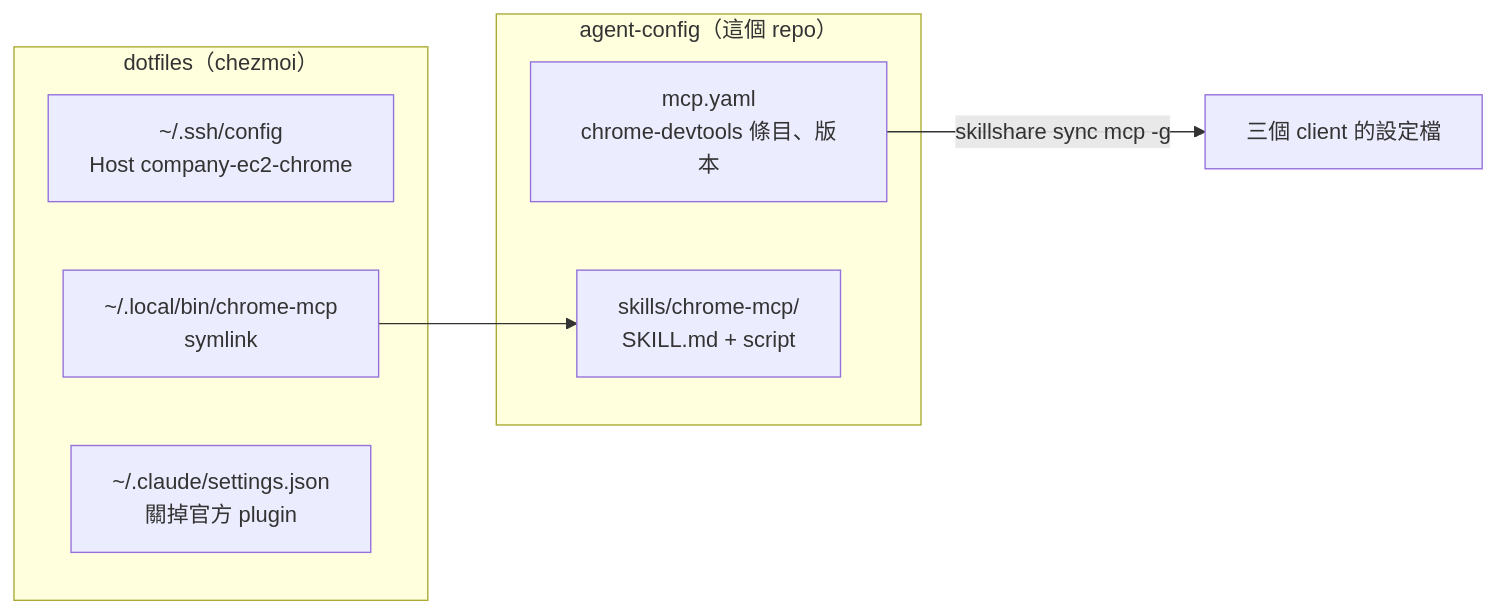
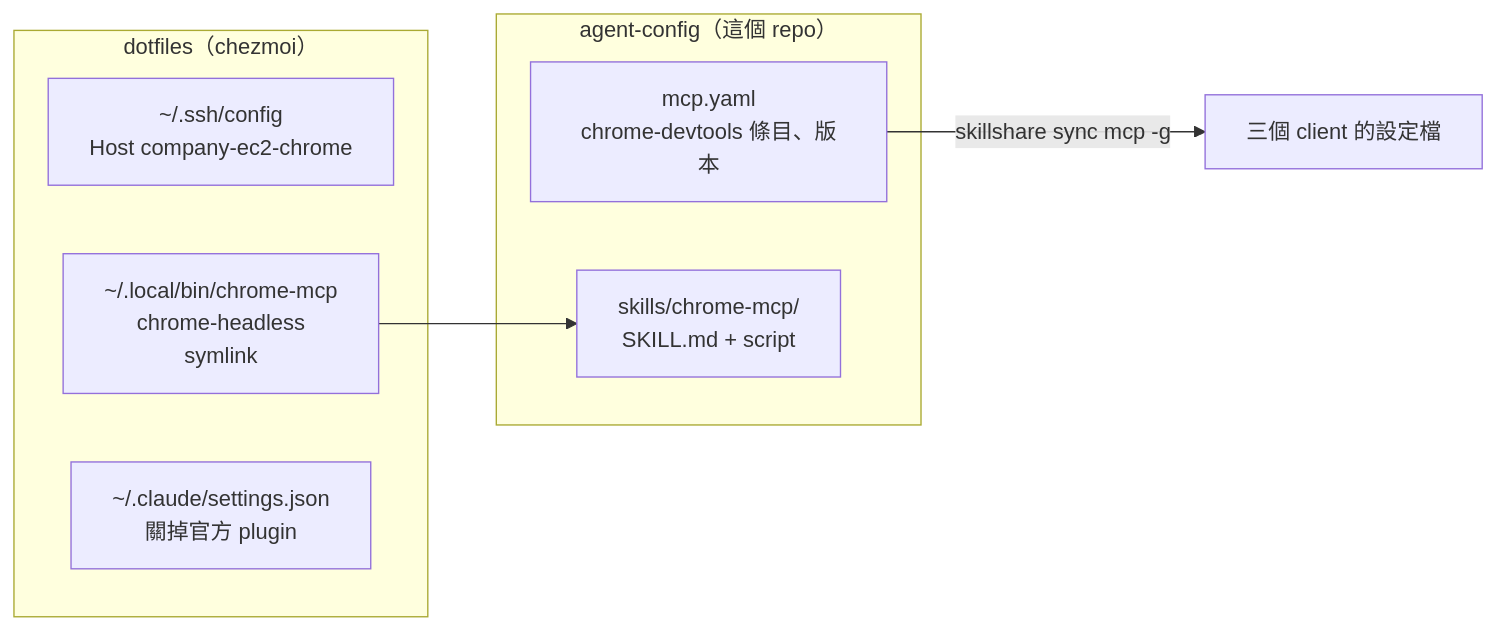
The fourth of 4 diagrams in docs/skills/chrome-mcp.md (henry5720/agent-config), drawn with Mermaid before and after one commit. The commit also changed other lines of this file and 2 other files, not shown here.

First line of the commit message:
feat(chrome-mcp): 遠端主機可自己開 headless Chrome

````diff
--- a/docs/skills/chrome-mcp.md
+++ b/docs/skills/chrome-mcp.md
@@ -146,14 +181,14 @@
 ```mermaid
 flowchart LR
   subgraph here["agent-config（這個 repo）"]
     Y["mcp.yaml<br/>chrome-devtools 條目、版本"]
     SC["skills/chrome-mcp/<br/>SKILL.md + script"]
   end
   subgraph dot["dotfiles（chezmoi）"]
     SSH["~/.ssh/config<br/>Host company-ec2-chrome"]
-    LN["~/.local/bin/chrome-mcp<br/>symlink"]
+    LN["~/.local/bin/chrome-mcp<br/>chrome-headless<br/>symlink"]
     PL["~/.claude/settings.json<br/>關掉官方 plugin"]
   end
   Y -- "skillshare sync mcp -g" --> CL["三個 client 的設定檔"]
   LN --> SC
 ```
````
